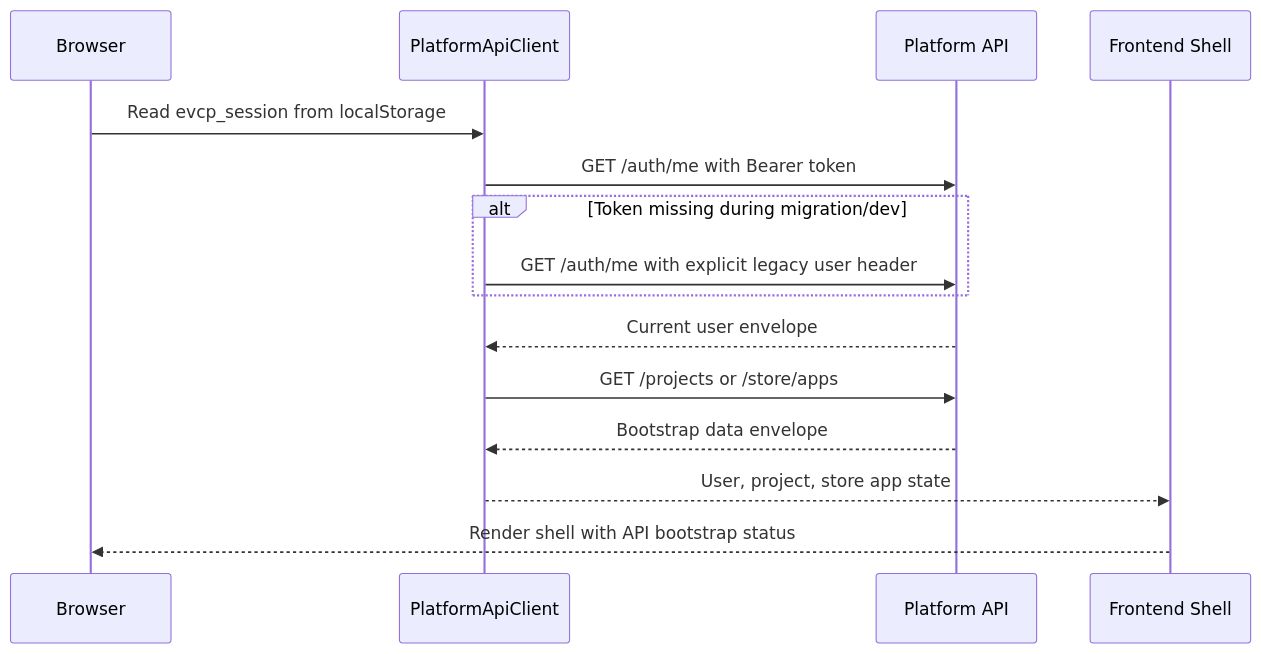
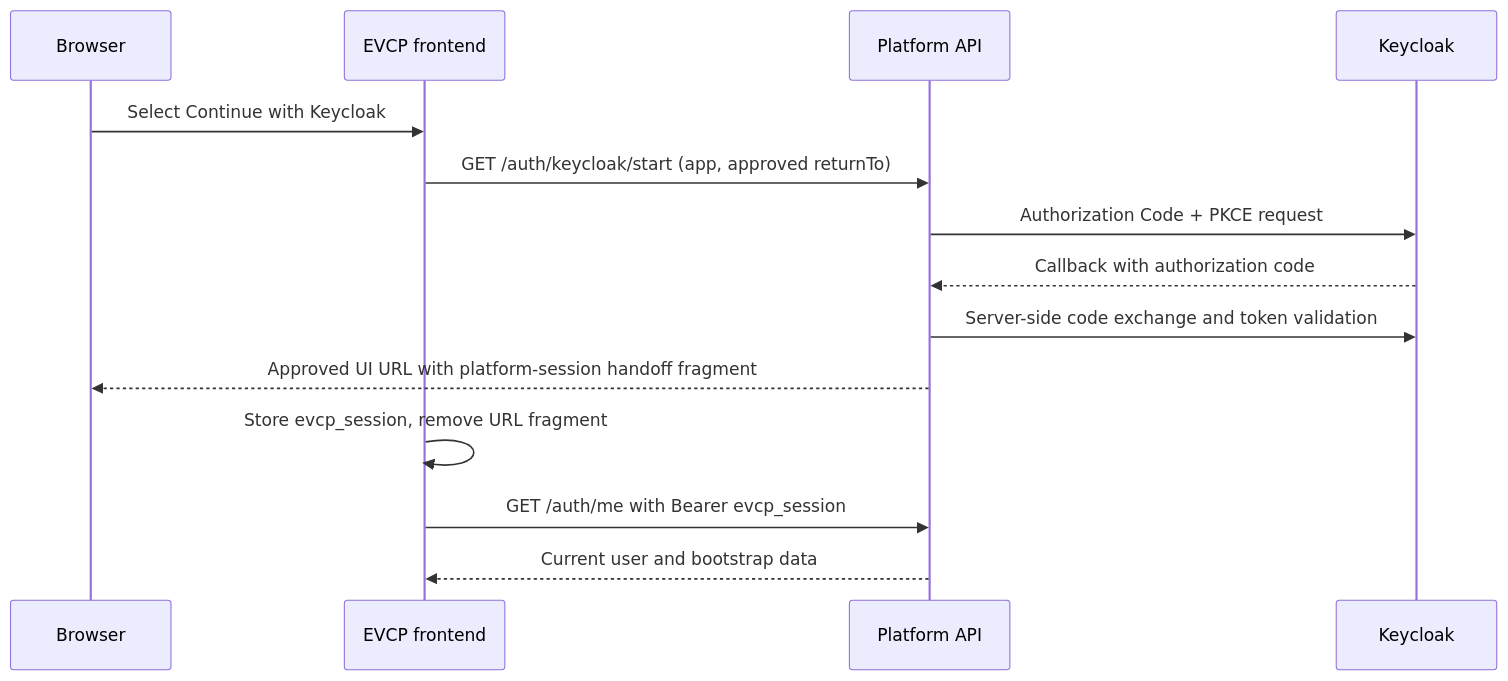
The diagram in docs/operations/real-mvp-frontend-api-bootstrap.md (horizonxlabs/horizon), drawn with Mermaid before and after one commit. The commit also changed other lines of this file and 5 other files, not shown here.

Commit message:
docs(auth): document production Keycloak SSO

````diff
--- a/docs/operations/real-mvp-frontend-api-bootstrap.md
+++ b/docs/operations/real-mvp-frontend-api-bootstrap.md
@@ -15,18 +9,17 @@
 ```mermaid
 sequenceDiagram
   participant Browser
-  participant Client as PlatformApiClient
+  participant UI as EVCP frontend
   participant API as Platform API
-  participant UI as Frontend Shell
+  participant KC as Keycloak
 
-  Browser->>Client: Read evcp_session from localStorage
-  Client->>API: GET /auth/me with Bearer token
-  alt Token missing during migration/dev
-    Client->>API: GET /auth/me with explicit legacy user header
-  end
-  API-->>Client: Current user envelope
-  Client->>API: GET /projects or /store/apps
-  API-->>Client: Bootstrap data envelope
-  Client-->>UI: User, project, store app state
-  UI-->>Browser: Render shell with API bootstrap status
+  Browser->>UI: Select Continue with Keycloak
+  UI->>API: GET /auth/keycloak/start (app, approved returnTo)
+  API->>KC: Authorization Code + PKCE request
+  KC-->>API: Callback with authorization code
+  API->>KC: Server-side code exchange and token validation
+  API-->>Browser: Approved UI URL with platform-session handoff fragment
+  UI->>UI: Store evcp_session, remove URL fragment
+  UI->>API: GET /auth/me with Bearer evcp_session
+  API-->>UI: Current user and bootstrap data
 ```
````
